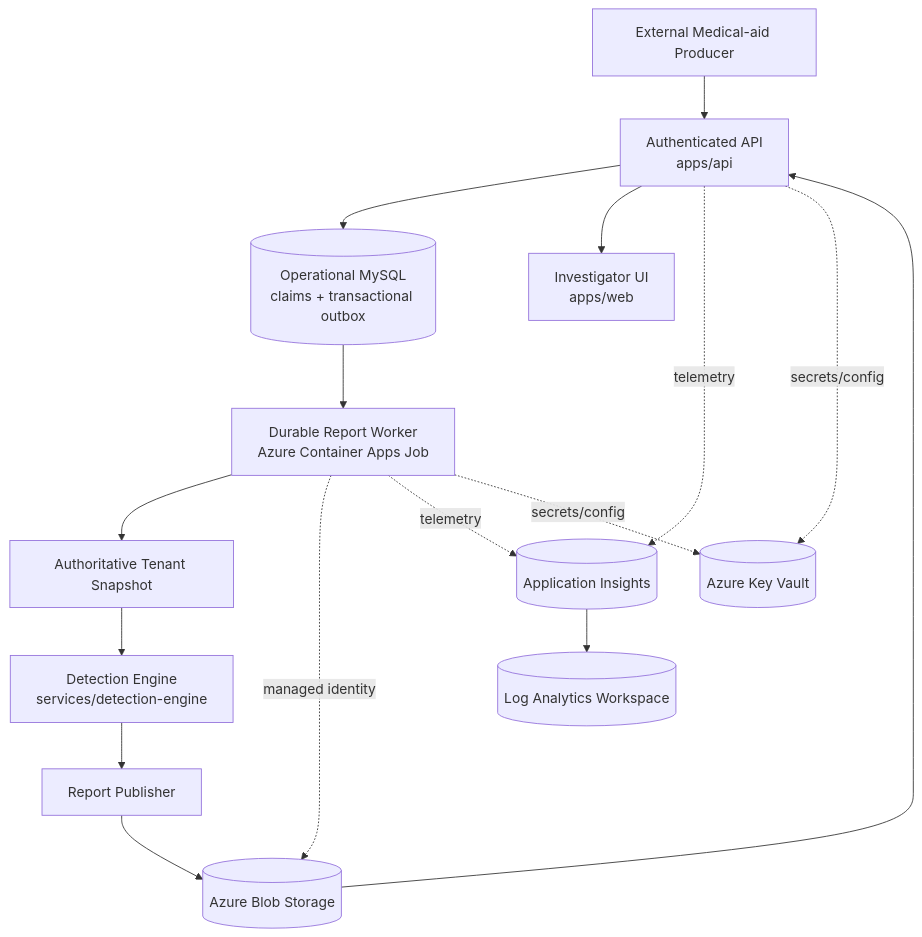
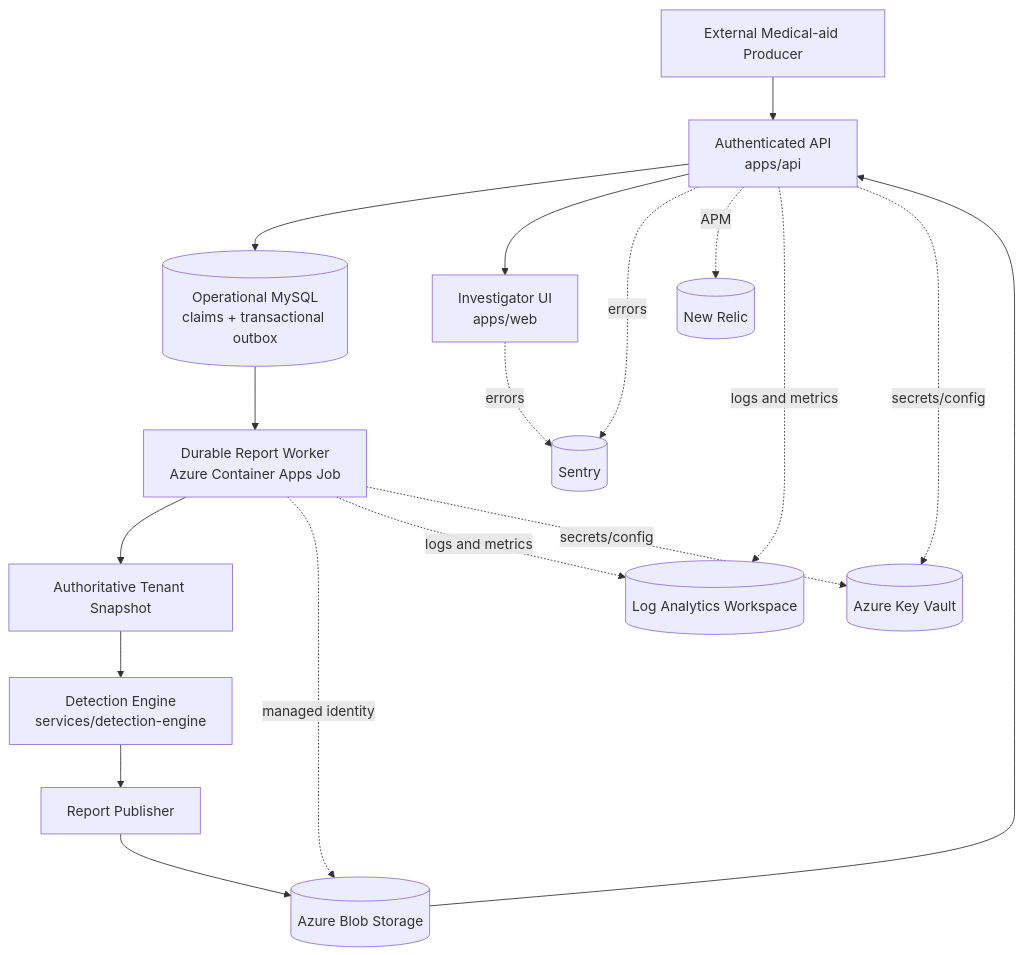
Before and after one commit to Sbusiso-Mdingi/ClaimGuard-Network: the first of 2 diagrams in docs/azure-production-architecture.md, drawn with Mermaid. The commit also changed other lines of this file and 32 other files, not shown here.

````diff
--- a/docs/azure-production-architecture.md
+++ b/docs/azure-production-architecture.md
@@ -16,19 +16,21 @@
 ```mermaid
 flowchart TD
   External[External Medical-aid Producer] --> API[Authenticated API\napps/api]
   API --> Database[(Operational MySQL\nclaims + transactional outbox)]
   Database --> Producer[Durable Report Worker\nAzure Container Apps Job]
   Producer --> Snapshot[Authoritative Tenant Snapshot]
   Snapshot --> Engine[Detection Engine\nservices/detection-engine]
   Engine --> Publisher[Report Publisher]
   Publisher --> Blob[(Azure Blob Storage)]
   API --> UI[Investigator UI\napps/web]
   Blob --> API
 
   Producer -. managed identity .-> Blob
-  Producer -. telemetry .-> AppInsights[(Application Insights)]
-  API -. telemetry .-> AppInsights
-  AppInsights --> LogAnalytics[(Log Analytics Workspace)]
+  Producer -. logs and metrics .-> LogAnalytics[(Log Analytics Workspace)]
+  API -. errors .-> Sentry[(Sentry)]
+  API -. APM .-> NewRelic[(New Relic)]
+  API -. logs and metrics .-> LogAnalytics
+  UI -. errors .-> Sentry
   API -. secrets/config .-> KeyVault[(Azure Key Vault)]
   Producer -. secrets/config .-> KeyVault
 ```
````
